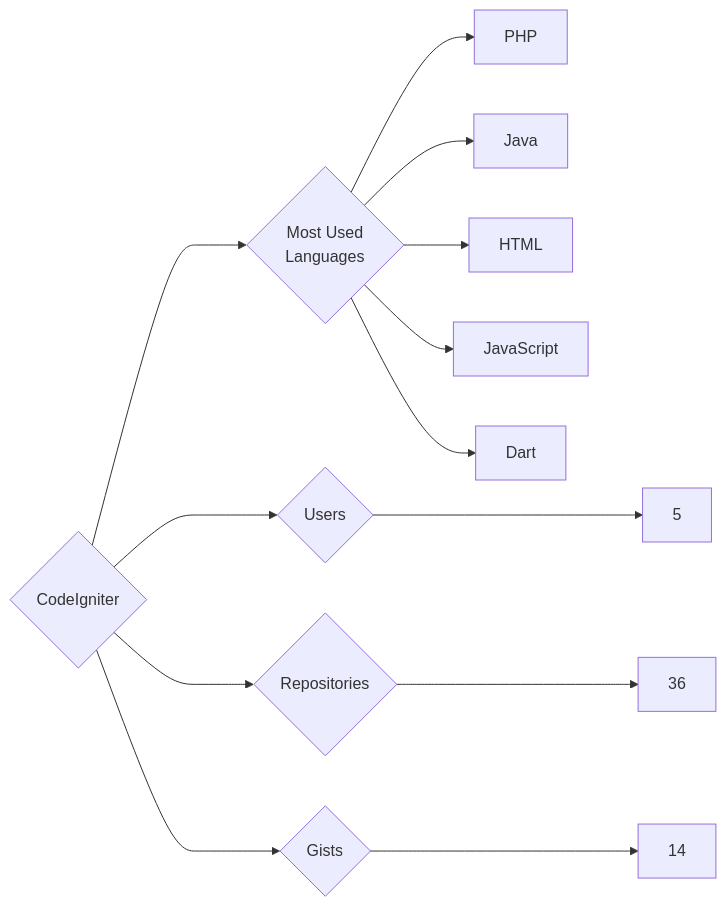
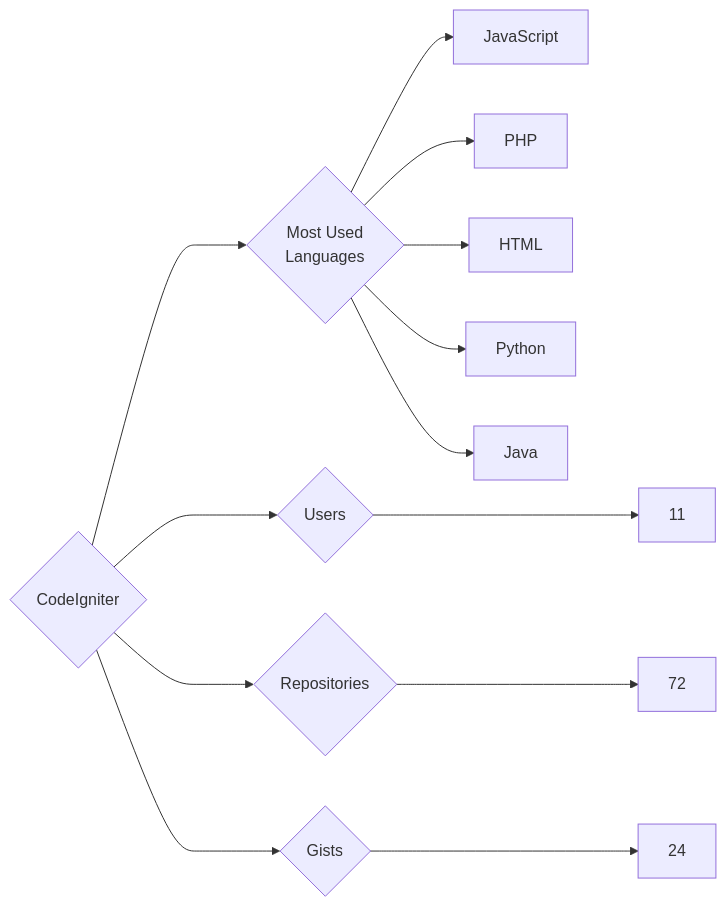
The diagram in targets/CodeIgniter/README.md (trickest/insiders), drawn with Mermaid before and after one commit. The commit also changed 1175 other files, not shown here.

````diff
--- a/targets/CodeIgniter/README.md
+++ b/targets/CodeIgniter/README.md
@@ -3,13 +3,13 @@
 ```mermaid
 graph LR
 COMPANY_NAME{CodeIgniter}
-COMPANY_NAME ---> U{Users} ---> UN[5]
-COMPANY_NAME ---> R{Repositories} ---> RN[36]
-COMPANY_NAME ---> G{Gists} ---> GN[14]
+COMPANY_NAME ---> U{Users} ---> UN[11]
+COMPANY_NAME ---> R{Repositories} ---> RN[72]
+COMPANY_NAME ---> G{Gists} ---> GN[24]
 COMPANY_NAME ---> ML{Most Used<br>Languages}
+ML --> JavaScript[JavaScript]
 ML --> PHP[PHP]
+ML --> HTML[HTML]
+ML --> Python[Python]
 ML --> Java[Java]
-ML --> HTML[HTML]
-ML --> JavaScript[JavaScript]
-ML --> Dart[Dart]
 ```
````
